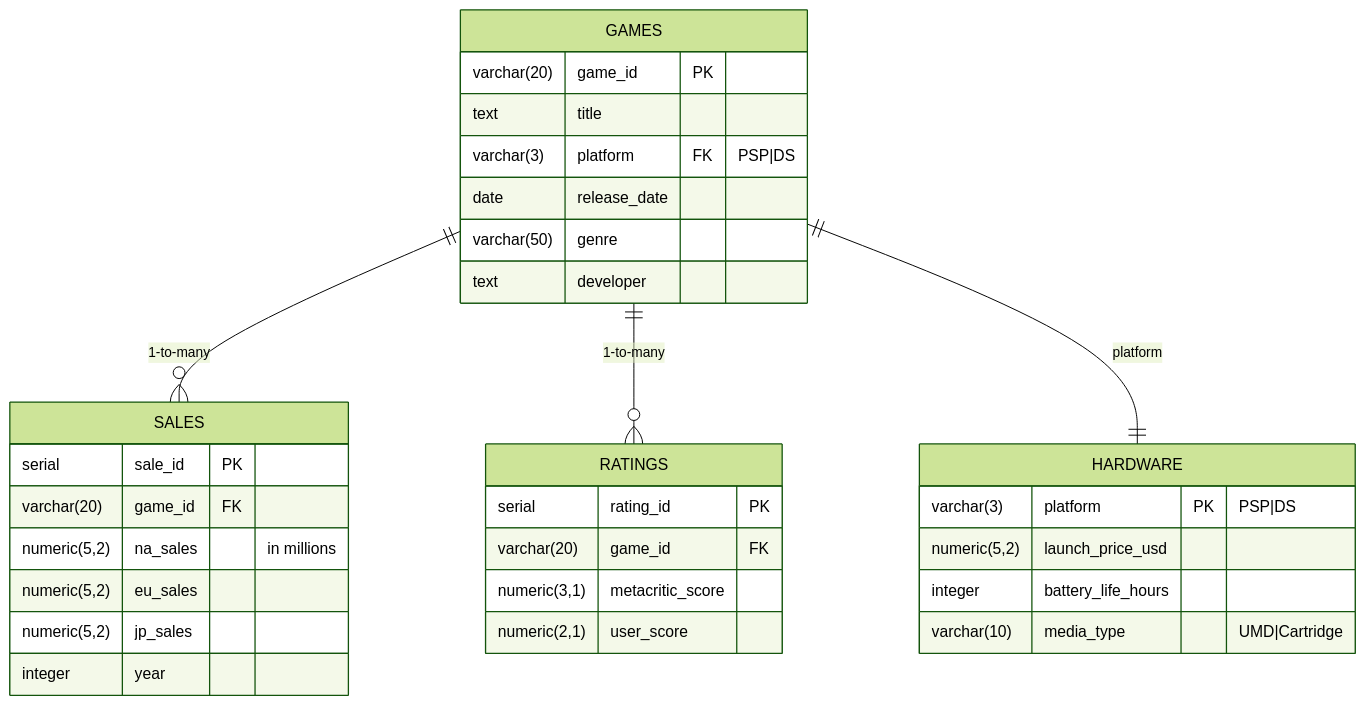
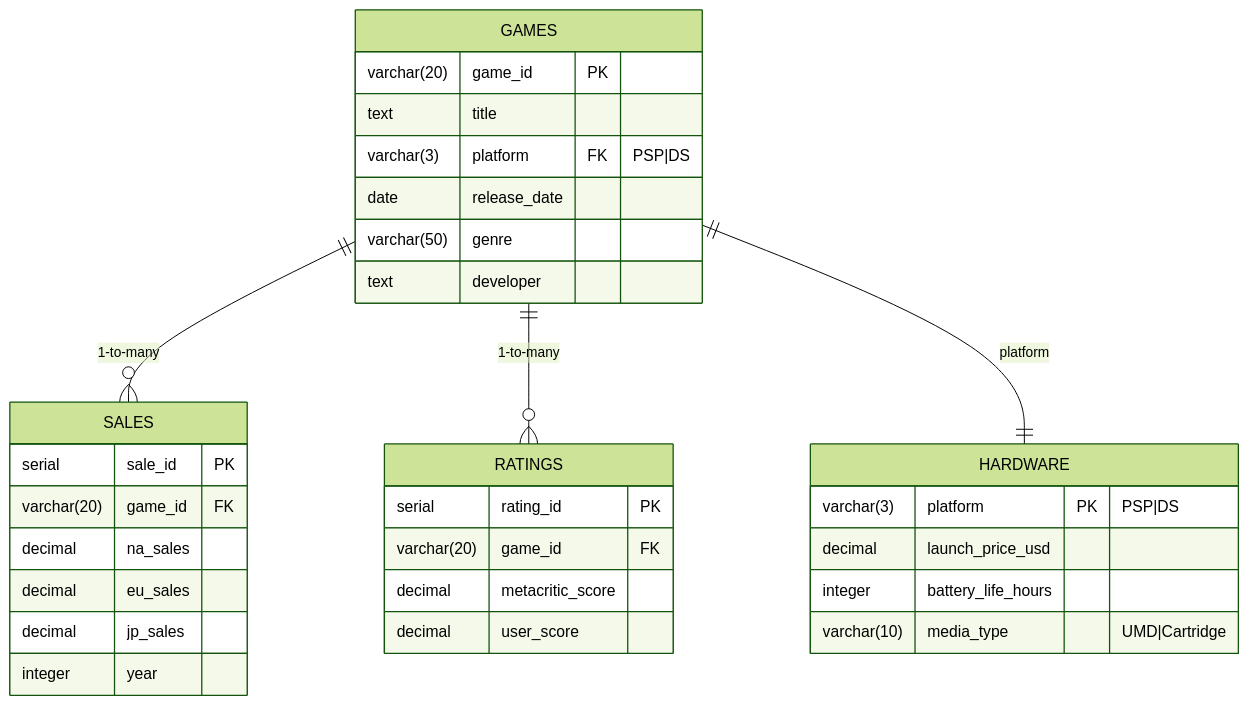
One commit to atmorfaw10/psp-game-analysis changed the diagram in docs/data_sources.md. Above: the diagram before and after it, drawn with Mermaid (forest theme).

Commit message:
BTS-8: Made changes to data_source.md to get rid of syntax error

````diff
--- a/docs/data_sources.md
+++ b/docs/data_sources.md
@@ -31,38 +31,38 @@
 ```mermaid
 erDiagram
     GAMES ||--o{ SALES : "1-to-many"
     GAMES ||--o{ RATINGS : "1-to-many"
     GAMES ||--|| HARDWARE : "platform"
-    
+
     GAMES {
         varchar(20) game_id PK
         text title
         varchar(3) platform FK "PSP|DS"
         date release_date
         varchar(50) genre
         text developer
     }
-    
+
     SALES {
         serial sale_id PK
         varchar(20) game_id FK
-        numeric(5,2) na_sales "in millions"
-        numeric(5,2) eu_sales
-        numeric(5,2) jp_sales
+        decimal na_sales
+        decimal eu_sales
+        decimal jp_sales
         integer year
     }
-    
+
     RATINGS {
         serial rating_id PK
         varchar(20) game_id FK
-        numeric(3,1) metacritic_score
-        numeric(2,1) user_score
+        decimal metacritic_score
+        decimal user_score
     }
-    
+
     HARDWARE {
         varchar(3) platform PK "PSP|DS"
-        numeric(5,2) launch_price_usd
+        decimal launch_price_usd
         integer battery_life_hours
         varchar(10) media_type "UMD|Cartridge"
     }
 ```
````
